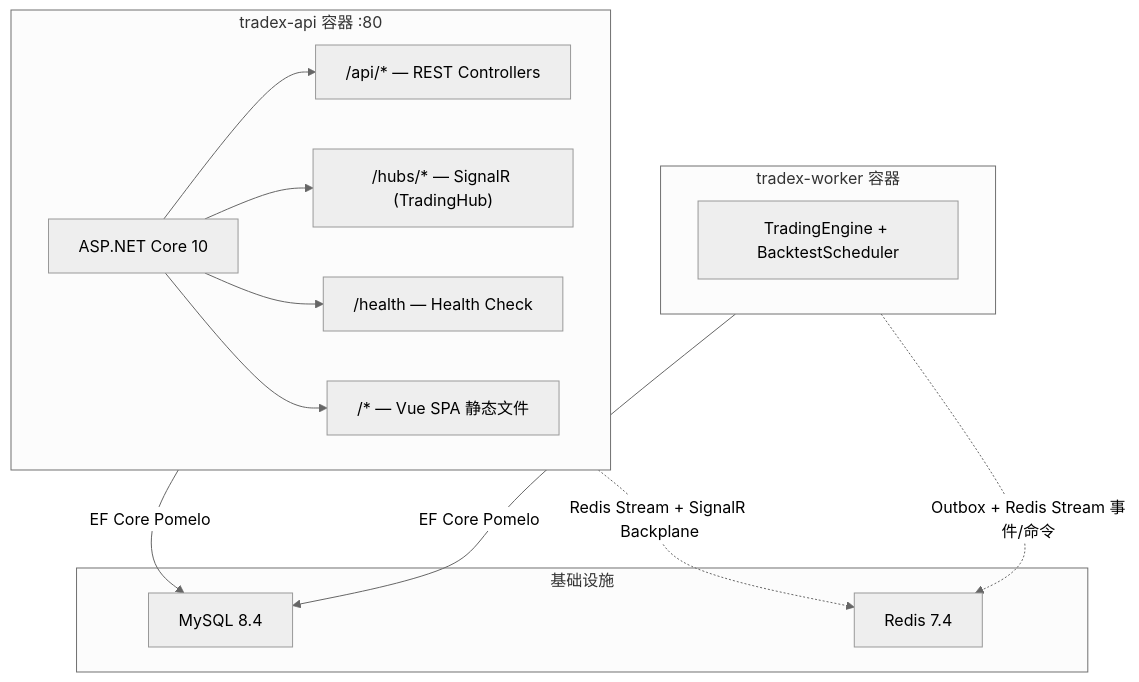
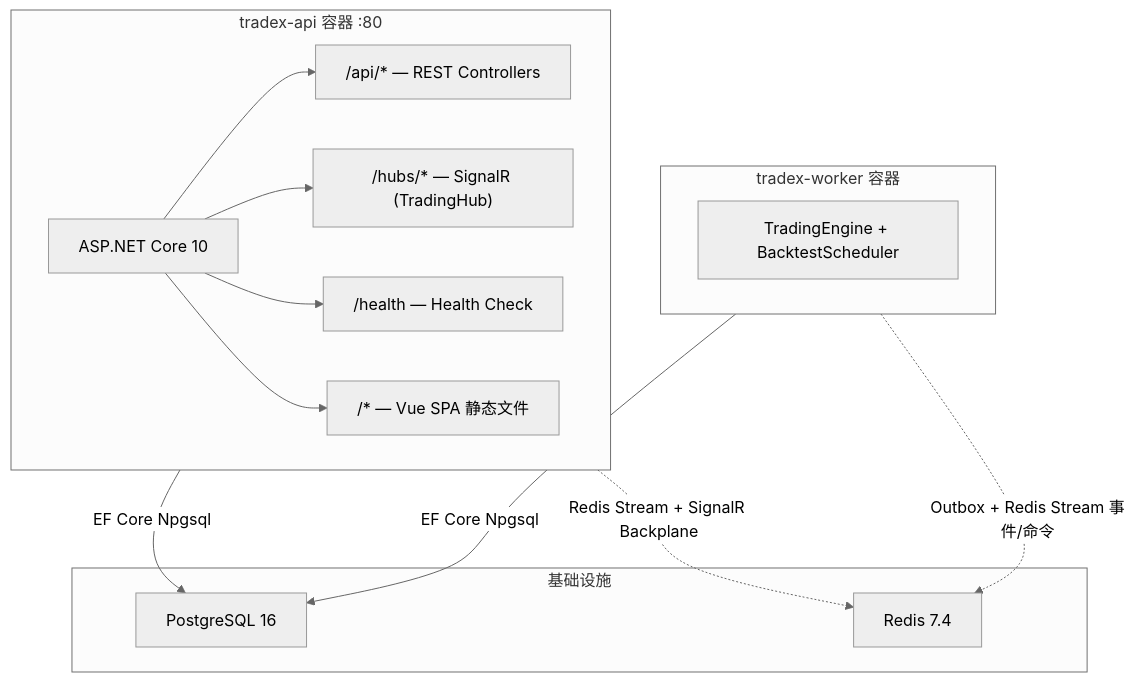
Before and after one commit to bambuo/TradeX: the diagram in README.md, drawn with Mermaid (neutral theme). The commit also changed other lines of this file and 64 other files, not shown here.

````diff
--- a/README.md
+++ b/README.md
@@ -7,24 +7,24 @@
 ```mermaid
 flowchart TB
     subgraph API["tradex-api 容器 :80"]
         A["ASP.NET Core 10"]
         A --> B["/api/* — REST Controllers"]
         A --> C["/hubs/* — SignalR (TradingHub)"]
         A --> D["/health — Health Check"]
         A --> E["/* — Vue SPA 静态文件"]
     end
 
     subgraph Worker["tradex-worker 容器"]
         W["TradingEngine + BacktestScheduler"]
     end
 
     subgraph Services["基础设施"]
-        F["MySQL 8.4"]
+        F["PostgreSQL 16"]
         R["Redis 7.4"]
     end
 
-    API -->|EF Core Pomelo| F
+    API -->|EF Core Npgsql| F
     API -.->|Redis Stream + SignalR Backplane| R
-    Worker -->|EF Core Pomelo| F
+    Worker -->|EF Core Npgsql| F
     Worker -.->|Outbox + Redis Stream 事件/命令| R
 ```
````
